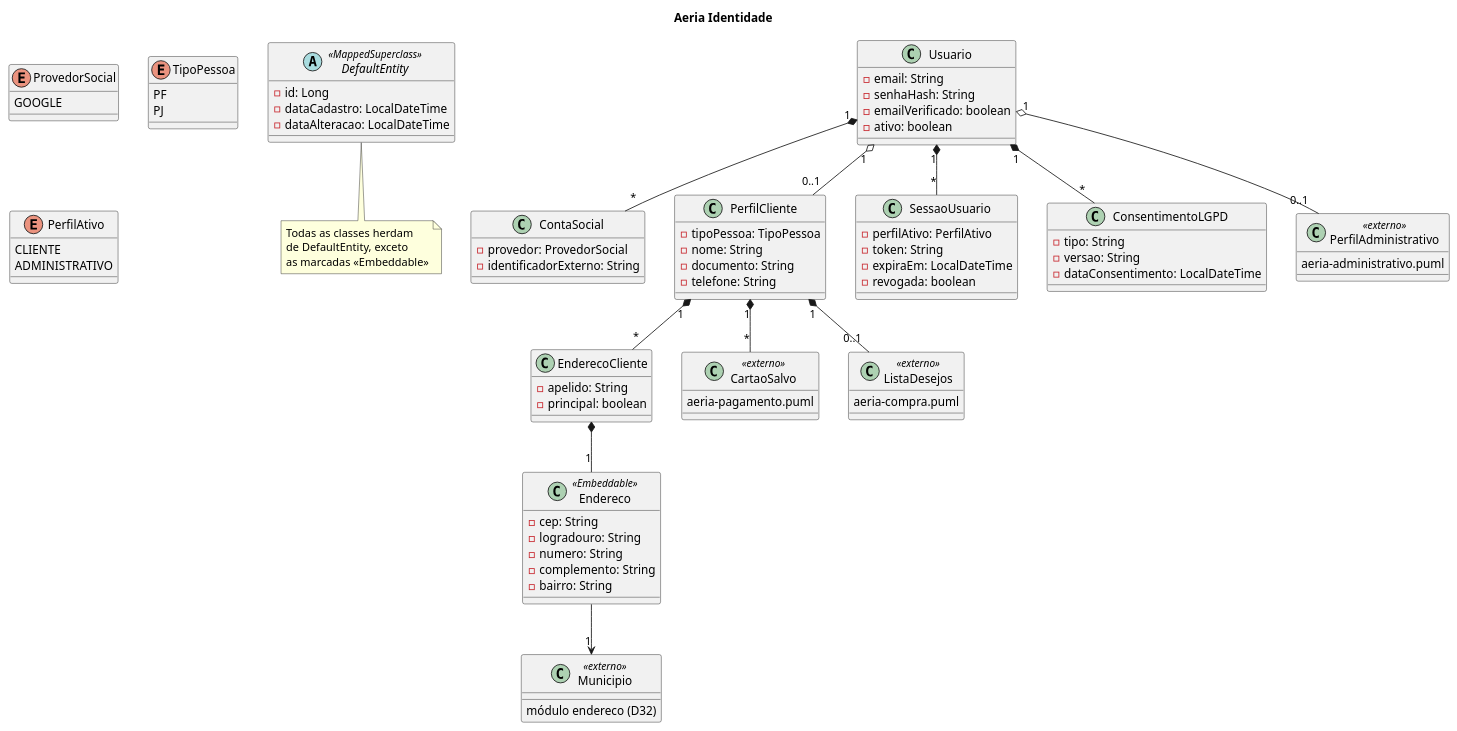
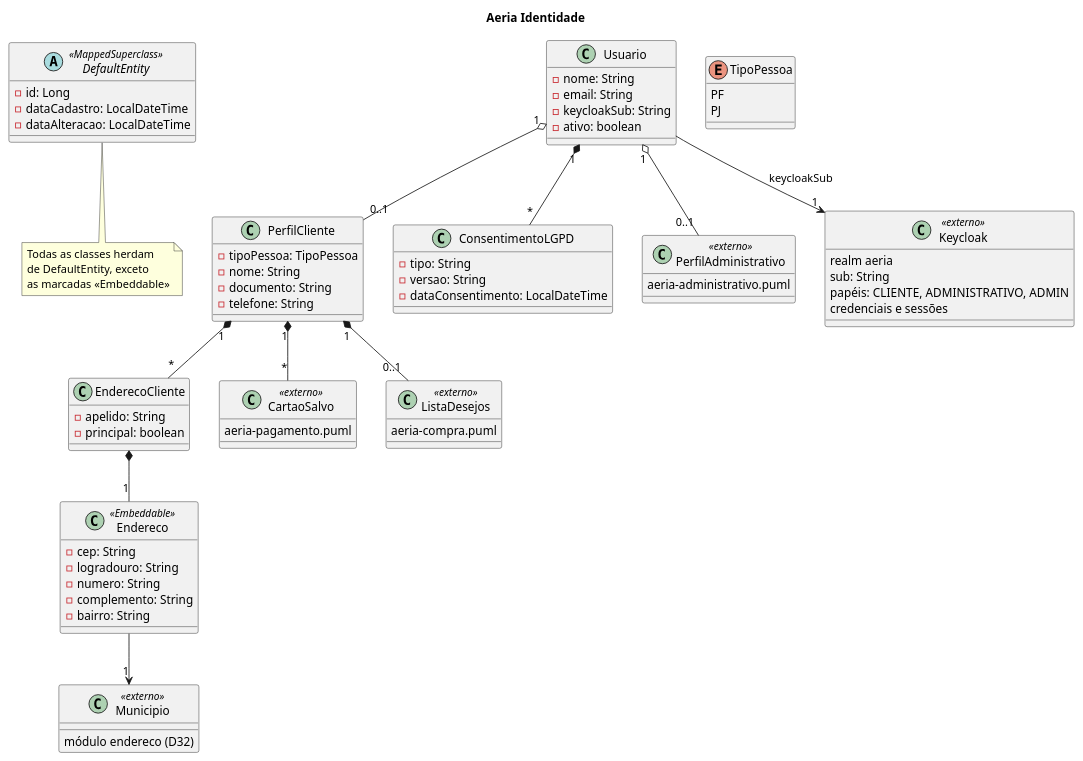
One commit to DaviRSuassuna/Droneshop changed the diagram in docs/diagramas/aeria-identidade.puml. Above: the diagram before and after it, drawn with PlantUML. The commit also changed 190 other files, not shown here.

```diff
--- a/docs/diagramas/aeria-identidade.puml
+++ b/docs/diagramas/aeria-identidade.puml
@@ -1,103 +1,88 @@
 @startuml aeria-identidade
 
 title Aeria Identidade
 
 abstract class DefaultEntity <<MappedSuperclass>> {
   -id: Long
   -dataCadastro: LocalDateTime
   -dataAlteracao: LocalDateTime
 }
 
 note bottom of DefaultEntity
   Todas as classes herdam
   de DefaultEntity, exceto
   as marcadas <<Embeddable>>
 end note
 
 class Usuario {
+  -nome: String
   -email: String
-  -senhaHash: String
-  -emailVerificado: boolean
+  -keycloakSub: String
   -ativo: boolean
-}
-
-enum ProvedorSocial {
-  GOOGLE
-}
-
-class ContaSocial {
-  -provedor: ProvedorSocial
-  -identificadorExterno: String
 }
 
 enum TipoPessoa {
   PF
   PJ
 }
 
 class PerfilCliente {
   -tipoPessoa: TipoPessoa
   -nome: String
   -documento: String
   -telefone: String
 }
 
 class EnderecoCliente {
   -apelido: String
   -principal: boolean
 }
 
 class Endereco <<Embeddable>> {
   -cep: String
   -logradouro: String
   -numero: String
   -complemento: String
   -bairro: String
 }
 
 class Municipio <<externo>> {
   módulo endereco (D32)
 }
 
-enum PerfilAtivo {
-  CLIENTE
-  ADMINISTRATIVO
-}
-
-class SessaoUsuario {
-  -perfilAtivo: PerfilAtivo
-  -token: String
-  -expiraEm: LocalDateTime
-  -revogada: boolean
-}
-
 class ConsentimentoLGPD {
   -tipo: String
   -versao: String
   -dataConsentimento: LocalDateTime
 }
 
 class PerfilAdministrativo <<externo>> {
   aeria-administrativo.puml
 }
 
 class CartaoSalvo <<externo>> {
   aeria-pagamento.puml
 }
 
 class ListaDesejos <<externo>> {
   aeria-compra.puml
 }
 
-Usuario "1" *-- "*" ContaSocial
+class Keycloak <<externo>> {
+  realm aeria
+  sub: String
+  papéis: CLIENTE, ADMINISTRATIVO, ADMIN
+  credenciais e sessões
+}
+
+Usuario --> "1" Keycloak : keycloakSub
 Usuario "1" o-- "0..1" PerfilCliente
 Usuario "1" o-- "0..1" PerfilAdministrativo
-Usuario "1" *-- "*" SessaoUsuario
 Usuario "1" *-- "*" ConsentimentoLGPD
 PerfilCliente "1" *-- "*" EnderecoCliente
 EnderecoCliente *-- "1" Endereco
 Endereco --> "1" Municipio
 PerfilCliente "1" *-- "0..1" ListaDesejos
 PerfilCliente "1" *-- "*" CartaoSalvo
 
 @enduml
```
